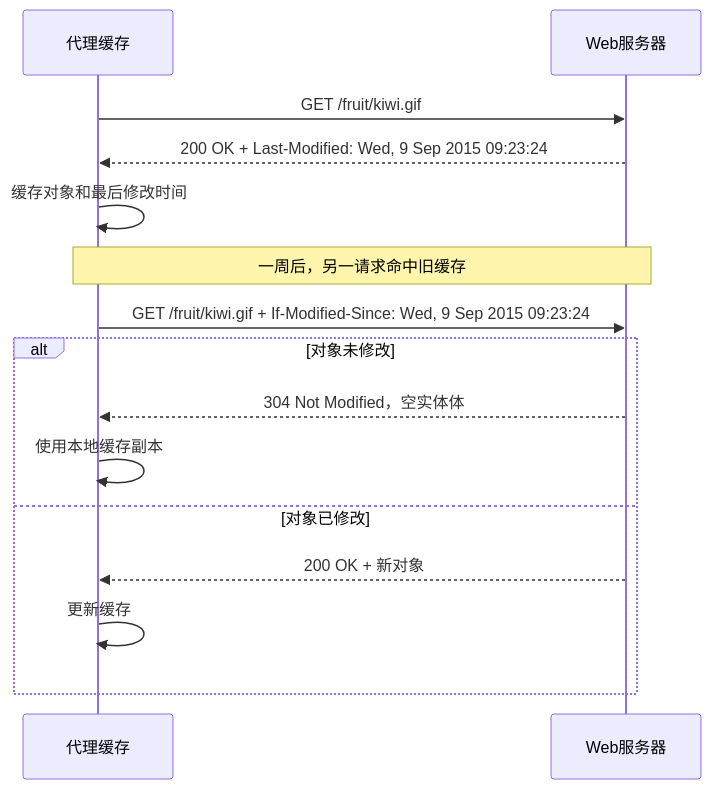
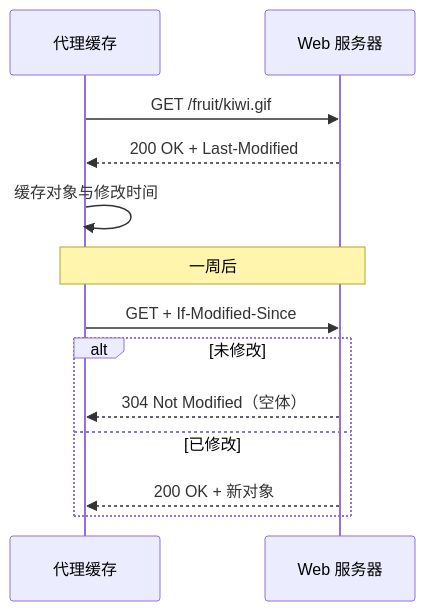
One commit to Meer-Matze/Meer-Matze.github.io changed the eighth of 20 diagrams in src/content/posts/应用层.md. Above: the diagram before and after it, drawn with Mermaid. The commit also changed other lines of this file and 3 other files, not shown here.

````diff
--- a/src/content/posts/应用层.md
+++ b/src/content/posts/应用层.md
@@ -1377,21 +590,15 @@
 ```mermaid
 sequenceDiagram
   participant C as 代理缓存
-  participant S as Web服务器
-
+  participant S as Web 服务器
   C->>S: GET /fruit/kiwi.gif
-  S-->>C: 200 OK + Last-Modified: Wed, 9 Sep 2015 09:23:24
-  C->>C: 缓存对象和最后修改时间
-
-  Note over C,S: 一周后，另一请求命中旧缓存
-
-  C->>S: GET /fruit/kiwi.gif + If-Modified-Since: Wed, 9 Sep 2015 09:23:24
-
-  alt 对象未修改
-    S-->>C: 304 Not Modified，空实体体
-    C->>C: 使用本地缓存副本
-  else 对象已修改
+  S-->>C: 200 OK + Last-Modified
+  C->>C: 缓存对象与修改时间
+  Note over C,S: 一周后
+  C->>S: GET + If-Modified-Since
+  alt 未修改
+    S-->>C: 304 Not Modified（空体）
+  else 已修改
     S-->>C: 200 OK + 新对象
-    C->>C: 更新缓存
   end
 ```
````
